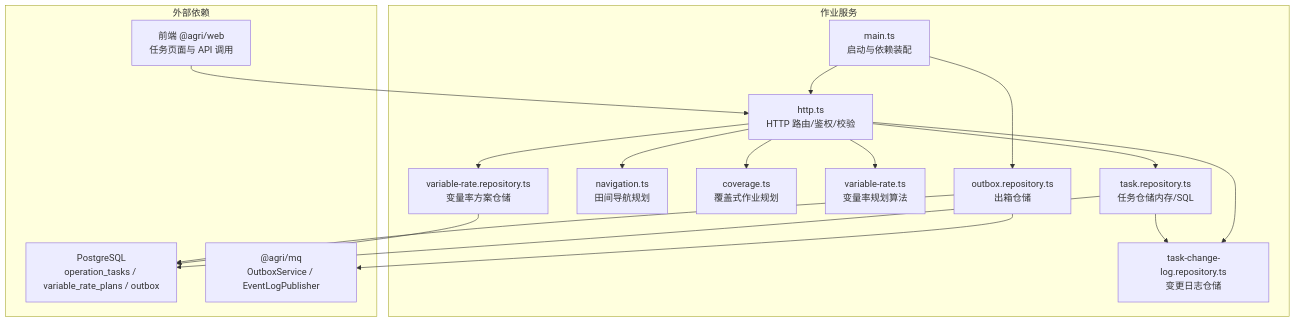
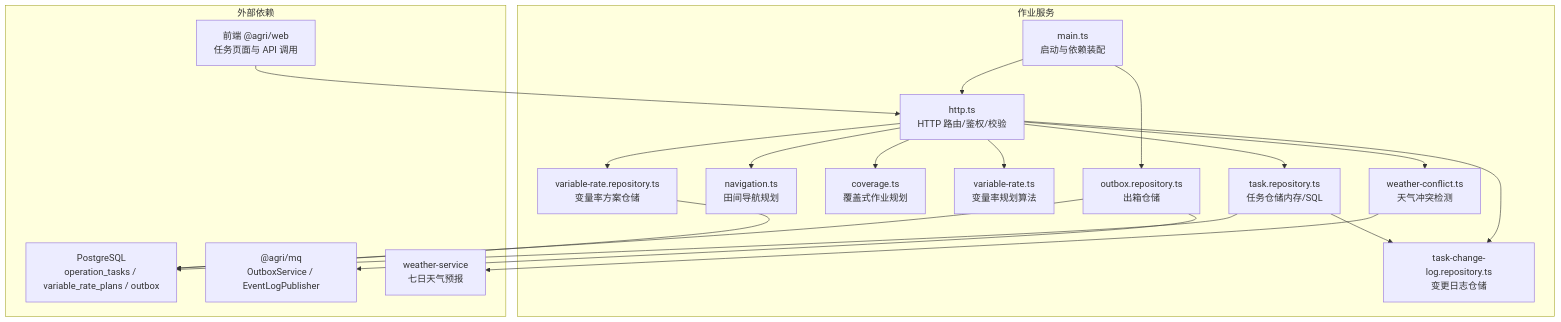
One commit to q446328246/agri-platform changed the first of 14 diagrams in .qoder/repowiki/zh/content/核心服务文档/作业服务/作业服务.md. Above: the diagram before and after it, drawn with Mermaid. The commit also changed other lines of this file and 47 other files, not shown here.

````diff
--- a/.qoder/repowiki/zh/content/核心服务文档/作业服务/作业服务.md
+++ b/.qoder/repowiki/zh/content/核心服务文档/作业服务/作业服务.md
@@ -67,33 +58,37 @@
 ```mermaid
 graph TB
 subgraph "作业服务"
 MAIN["main.ts<br/>启动与依赖装配"]
 HTTP["http.ts<br/>HTTP 路由/鉴权/校验"]
 TASK["task.repository.ts<br/>任务仓储内存/SQL"]
 CHANGELOG["task-change-log.repository.ts<br/>变更日志仓储"]
 NAV["navigation.ts<br/>田间导航规划"]
 COV["coverage.ts<br/>覆盖式作业规划"]
 VARRATE["variable-rate.ts<br/>变量率规划算法"]
 VARREPO["variable-rate.repository.ts<br/>变量率方案仓储"]
+WEATHER["weather-conflict.ts<br/>天气冲突检测"]
 OUTBOX["outbox.repository.ts<br/>出箱仓储"]
 end
 subgraph "外部依赖"
 DB["PostgreSQL<br/>operation_tasks / variable_rate_plans / outbox"]
 MQ["@agri/mq<br/>OutboxService / EventLogPublisher"]
 WEB["前端 @agri/web<br/>任务页面与 API 调用"]
+WX["weather-service<br/>七日天气预报"]
 end
 MAIN --> HTTP
 HTTP --> TASK
 HTTP --> CHANGELOG
 HTTP --> NAV
 HTTP --> COV
 HTTP --> VARRATE
 HTTP --> VARREPO
+HTTP --> WEATHER
 MAIN --> OUTBOX
 TASK --> DB
 TASK --> CHANGELOG
 VARREPO --> DB
 OUTBOX --> DB
 OUTBOX --> MQ
+WEATHER --> WX
 WEB --> HTTP
 ```
````
